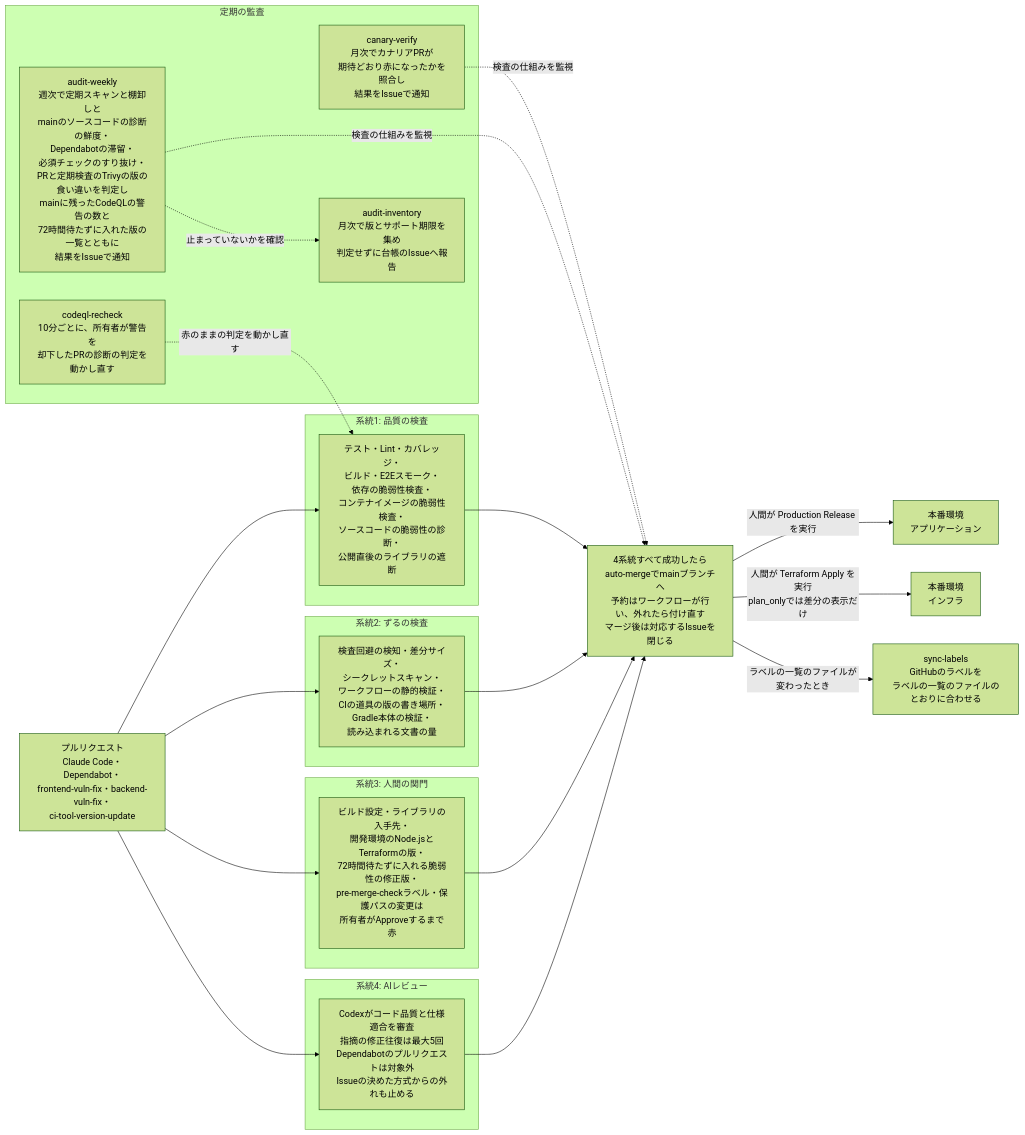
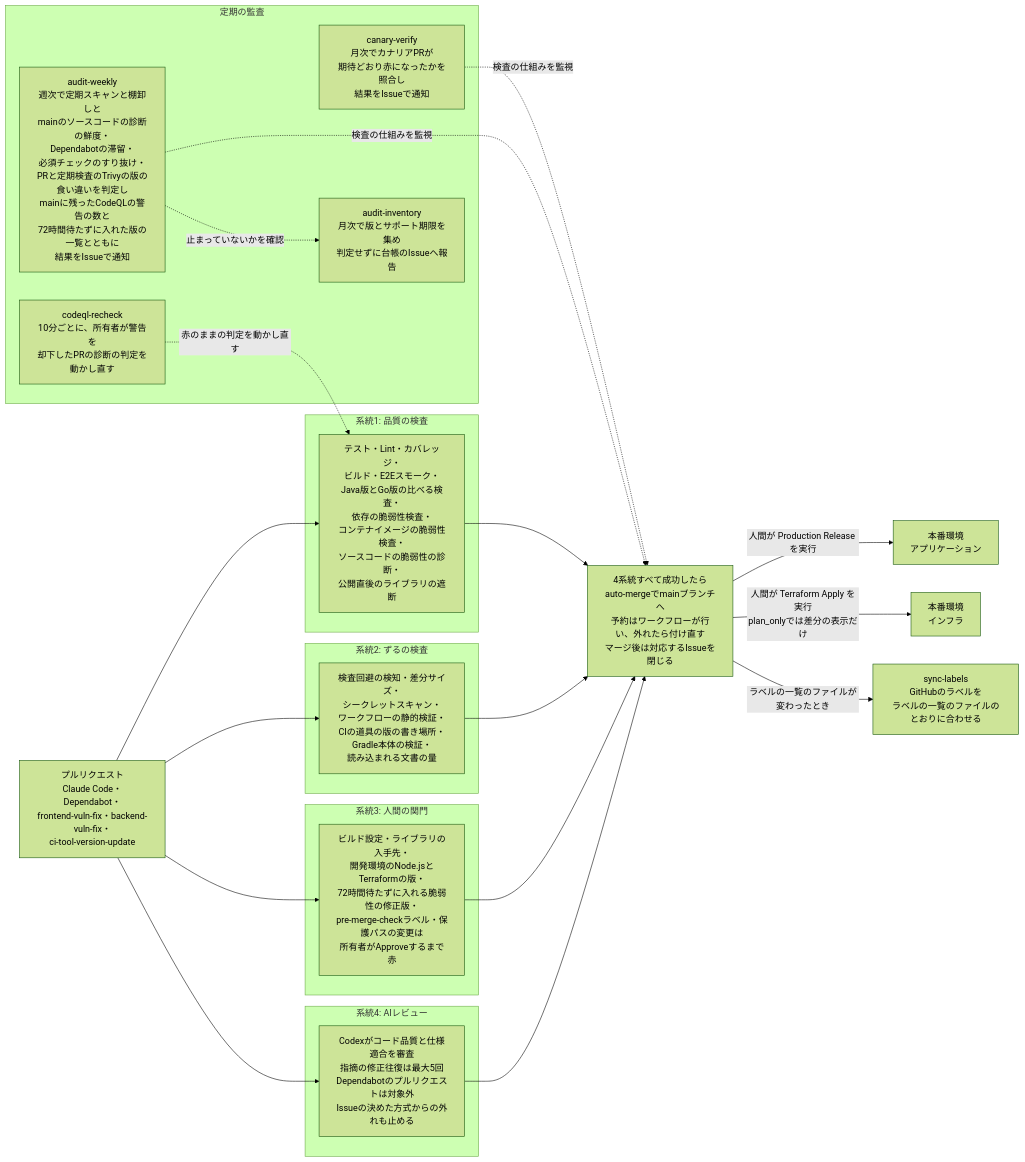
The first of 2 diagrams in README.md (DogisRiki/KeirekiPro), drawn with Mermaid (forest theme) before and after one commit. The commit also changed other lines of this file and 1 other file, not shown here.

````diff
--- a/README.md
+++ b/README.md
@@ -53,39 +53,39 @@
 ```mermaid
 flowchart LR
     PR[プルリクエスト<br>Claude Code・Dependabot・<br>frontend-vuln-fix・backend-vuln-fix・<br>ci-tool-version-update]
 
     subgraph s1[系統1: 品質の検査]
-        Q[テスト・Lint・カバレッジ・<br>ビルド・E2Eスモーク・<br>依存の脆弱性検査・<br>コンテナイメージの脆弱性検査・<br>ソースコードの脆弱性の診断・<br>公開直後のライブラリの遮断]
+        Q[テスト・Lint・カバレッジ・<br>ビルド・E2Eスモーク・<br>Java版とGo版の比べる検査・<br>依存の脆弱性検査・<br>コンテナイメージの脆弱性検査・<br>ソースコードの脆弱性の診断・<br>公開直後のライブラリの遮断]
     end
     subgraph s2[系統2: ずるの検査]
         Z[検査回避の検知・差分サイズ・<br>シークレットスキャン・<br>ワークフローの静的検証・<br>CIの道具の版の書き場所・<br>Gradle本体の検証・<br>読み込まれる文書の量]
     end
     subgraph s3[系統3: 人間の関門]
         H[ビルド設定・ライブラリの入手先・<br>開発環境のNode.jsとTerraformの版・<br>72時間待たずに入れる脆弱性の修正版・<br>pre-merge-checkラベル・保護パスの変更は<br>所有者がApproveするまで赤]
     end
     subgraph s4[系統4: AIレビュー]
         A[Codexがコード品質と仕様適合を審査<br>指摘の修正往復は最大5回<br>Dependabotのプルリクエストは対象外<br>Issueの決めた方式からの外れも止める]
     end
 
     PR --> Q
     PR --> Z
     PR --> H
     PR --> A
 
     Q & Z & H & A --> M[4系統すべて成功したら<br>auto-mergeでmainブランチへ<br>予約はワークフローが行い、外れたら付け直す<br>マージ後は対応するIssueを閉じる]
 
     M -->|人間が Production Release を実行| App[本番環境<br>アプリケーション]
     M -->|人間が Terraform Apply を実行<br>plan_onlyでは差分の表示だけ| Infra[本番環境<br>インフラ]
     M -->|ラベルの一覧のファイルが変わったとき| Labels[sync-labels<br>GitHubのラベルを<br>ラベルの一覧のファイルのとおりに合わせる]
 
     subgraph s5[定期の監査]
         AW[audit-weekly<br>週次で定期スキャンと棚卸しと<br>mainのソースコードの診断の鮮度・<br>Dependabotの滞留・<br>必須チェックのすり抜け・<br>PRと定期検査のTrivyの版の食い違いを判定し<br>mainに残ったCodeQLの警告の数と<br>72時間待たずに入れた版の一覧とともに<br>結果をIssueで通知]
         CV[canary-verify<br>月次でカナリアPRが<br>期待どおり赤になったかを照合し<br>結果をIssueで通知]
         AI[audit-inventory<br>月次で版とサポート期限を集め<br>判定せずに台帳のIssueへ報告]
         CR[codeql-recheck<br>10分ごとに、所有者が警告を<br>却下したPRの診断の判定を<br>動かし直す]
     end
 
     AW & CV -.検査の仕組みを監視.-> M
     AW -.止まっていないかを確認.-> AI
     CR -.赤のままの判定を動かし直す.-> Q
 ```
````
